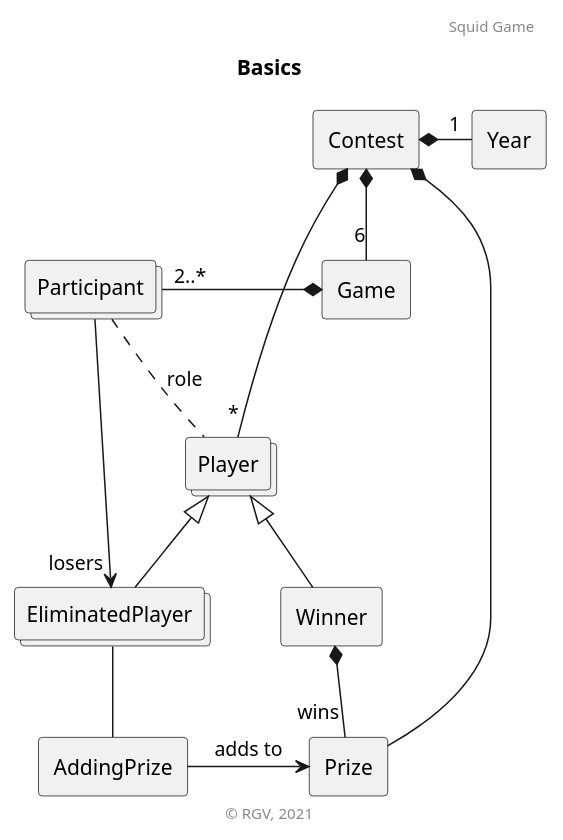
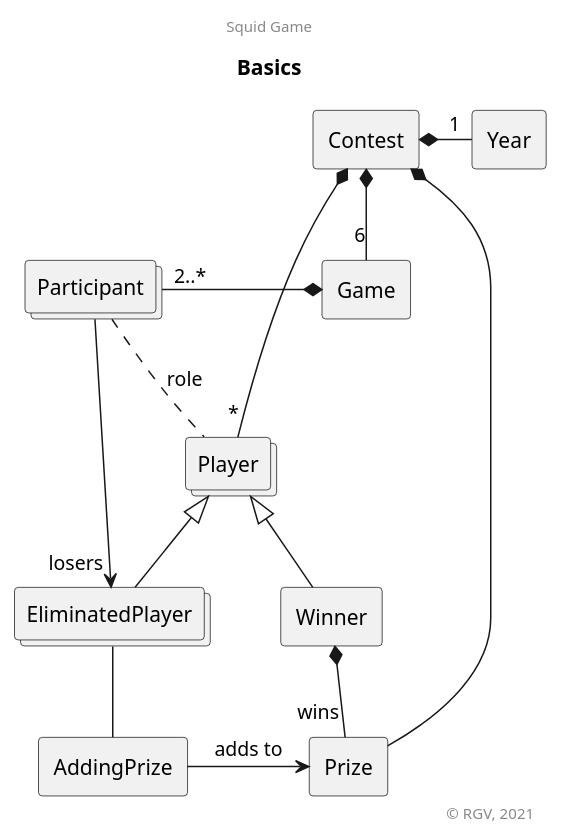
Before and after one commit to RicardoGuzmanVelasco/DomainModelling: the diagram in SquidGame/SquidGameContest.puml, drawn with PlantUML. The commit also changed 6 other files, not shown here.

```diff
--- a/SquidGame/SquidGameContest.puml
+++ b/SquidGame/SquidGameContest.puml
@@ -1,44 +1,44 @@
 @startuml
 'https://plantuml.com/class-diagram
 title Basics
-header Squid Game
+center header Squid Game
 
 rectangle Contest
 rectangle Year
 
 rectangle Game
 
 collections Player
 rectangle Winner
 collections EliminatedPlayer
 
 rectangle Prize
 rectangle AddingPrize
 
 collections Participant
 
 ''''''''''''''''''''''''''''
 
 Contest *- "1" Year
 Contest *-- "*" Player
 
 Contest *-- "6" Game
 
 EliminatedPlayer -u-|> Player
 Winner -u-|> Player
 
 Participant .. Player : role
 
 Game *- "2..*" Participant
 Participant --> "losers" EliminatedPlayer
 
 
 Contest *-- Prize
 Winner *-- "wins" Prize
 
 EliminatedPlayer -- AddingPrize
 AddingPrize -> Prize : adds to
 
 '''''''''''''
-footer © RGV, 2021
+right footer © RGV, 2021
 @enduml
```
